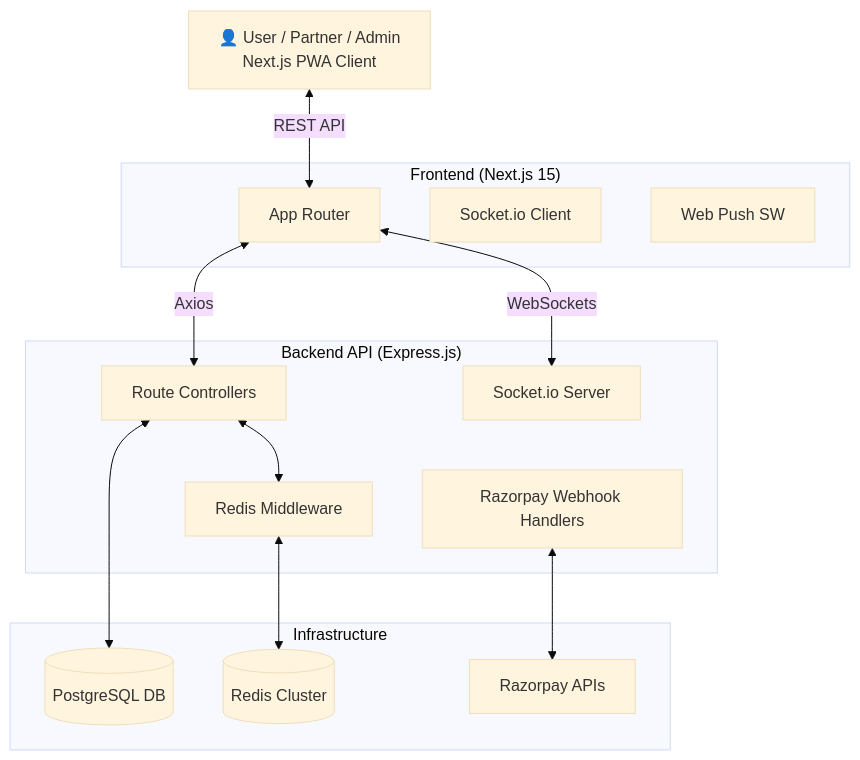
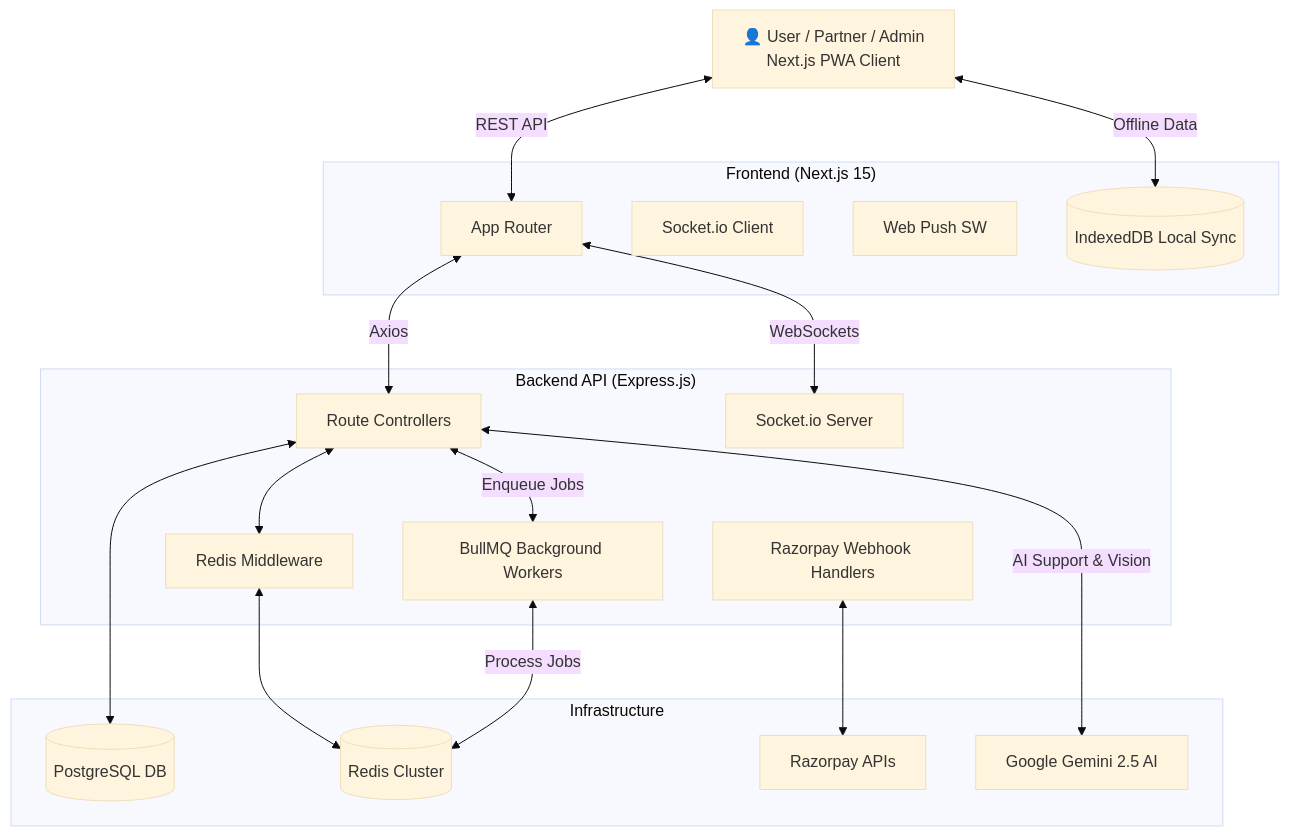
One commit to mijanur1314/cleanride changed the diagram in README.md. Above: the diagram before and after it, drawn with Mermaid (base theme).

Commit message:
docs: update system architecture diagram to include IndexedDB, BullMQ, and Gemini API integrations

````diff
--- a/README.md
+++ b/README.md
@@ -109,33 +109,41 @@
 ```mermaid
 graph TD
     UserClient[👤 User / Partner / Admin\nNext.js PWA Client]
 
     subgraph "Frontend (Next.js 15)"
     NextJS[App Router]
     SocketClient[Socket.io Client]
     ServiceWorker[Web Push SW]
+    IndexedDB[(IndexedDB Local Sync)]
     end
 
     subgraph "Backend API (Express.js)"
     Controllers[Route Controllers]
     Webhooks[Razorpay Webhook Handlers]
     SocketServer[Socket.io Server]
     RedisCache[Redis Middleware]
+    BullMQWorker[BullMQ Background Workers]
     end
 
     subgraph "Infrastructure"
     PostgreSQL[(PostgreSQL DB)]
     Redis[(Redis Cluster)]
     External[Razorpay APIs]
+    GeminiAPI[Google Gemini 2.5 AI]
     end
 
     UserClient <-->|REST API| NextJS
+    UserClient <-->|Offline Data| IndexedDB
     NextJS <-->|Axios| Controllers
     NextJS <-->|WebSockets| SocketServer
     
     Controllers <--> RedisCache
     RedisCache <--> Redis
     Controllers <--> PostgreSQL
     
+    Controllers <-->|AI Support & Vision| GeminiAPI
+    Controllers <-->|Enqueue Jobs| BullMQWorker
+    BullMQWorker <-->|Process Jobs| Redis
+    
     Webhooks <--> External
 ```
````
